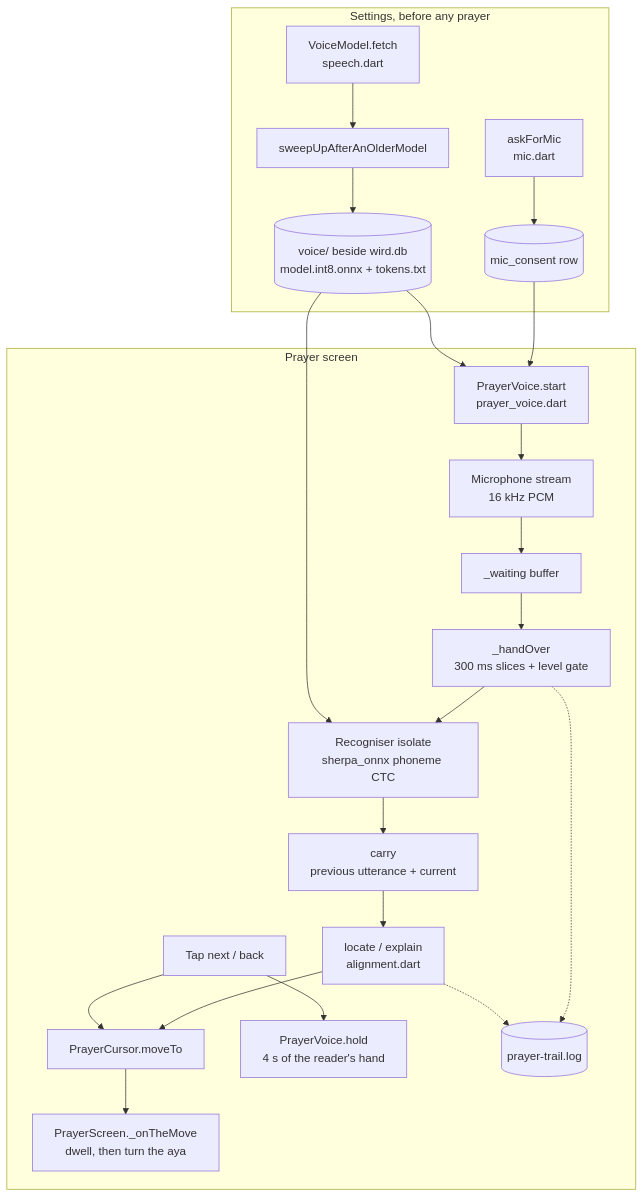
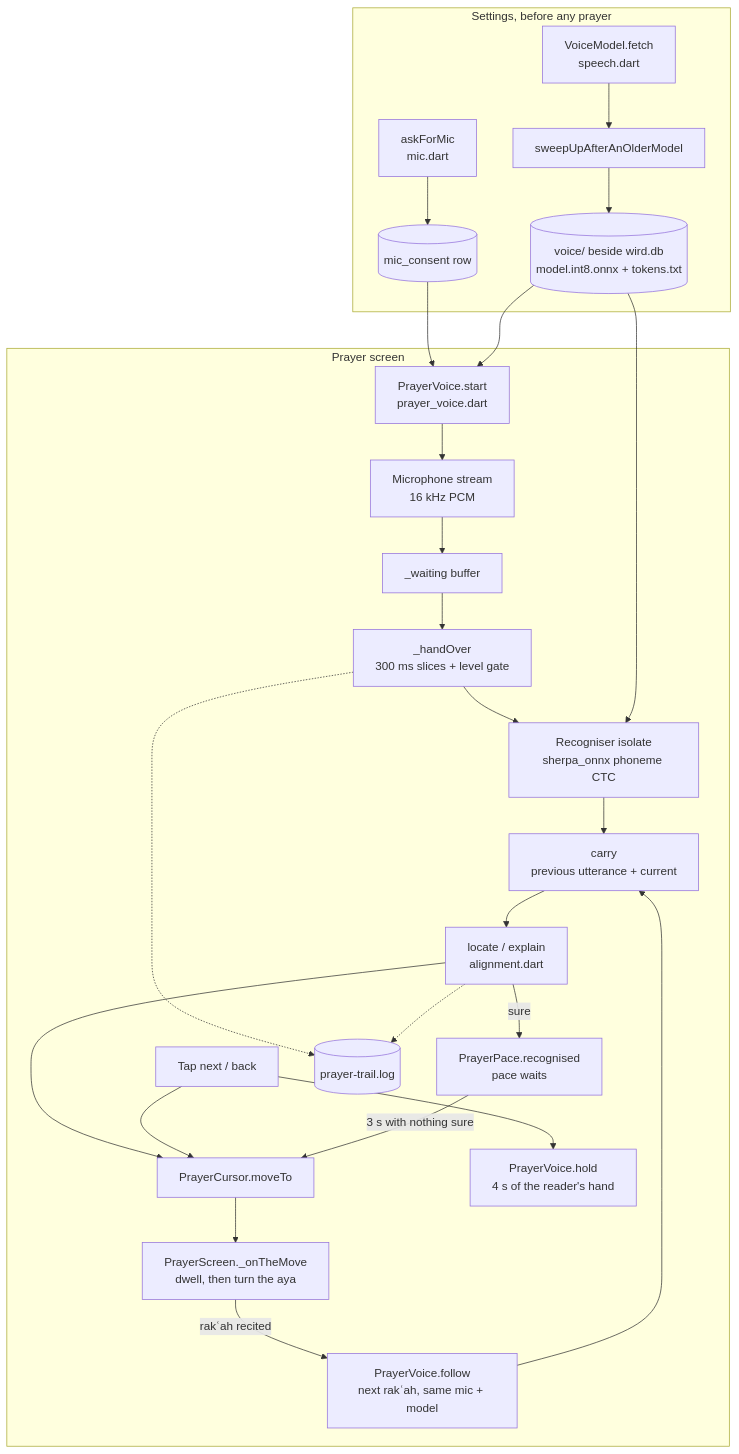
The third of 7 diagrams in docs/architecture/app/voice-follow.md (MohammadBnei/wird), drawn with Mermaid before and after one commit. The commit also changed other lines of this file and 15 other files, not shown here.

````diff
--- a/docs/architecture/app/voice-follow.md
+++ b/docs/architecture/app/voice-follow.md
@@ -57,25 +60,29 @@
 ```mermaid
 flowchart TB
   subgraph settings["Settings, before any prayer"]
     ask["askForMic<br/>mic.dart"] --> consent[("mic_consent row")]
     fetch["VoiceModel.fetch<br/>speech.dart"] --> sweep["sweepUpAfterAnOlderModel"]
     sweep --> files[("voice/ beside wird.db<br/>model.int8.onnx + tokens.txt")]
   end
   subgraph prayer["Prayer screen"]
     start["PrayerVoice.start<br/>prayer_voice.dart"] --> micopen["Microphone stream<br/>16 kHz PCM"]
     micopen --> waiting["_waiting buffer"]
     waiting --> drain["_handOver<br/>300 ms slices + level gate"]
     drain --> iso["Recogniser isolate<br/>sherpa_onnx phoneme CTC"]
     iso --> carry["carry<br/>previous utterance + current"]
     carry --> locate["locate / explain<br/>alignment.dart"]
     locate --> cursor["PrayerCursor.moveTo"]
     cursor --> screen["PrayerScreen._onTheMove<br/>dwell, then turn the aya"]
     tap["Tap next / back"] --> cursor
     tap --> hold["PrayerVoice.hold<br/>4 s of the reader's hand"]
+    locate -->|"sure"| pace["PrayerPace.recognised<br/>pace waits"]
+    pace -->|"3 s with nothing sure"| cursor
+    screen -->|"rakʿah recited"| follow["PrayerVoice.follow<br/>next rakʿah, same mic + model"]
+    follow --> carry
     drain -.-> trail[("prayer-trail.log")]
     locate -.-> trail
   end
   consent --> start
   files --> start
   files --> iso
 ```
````
